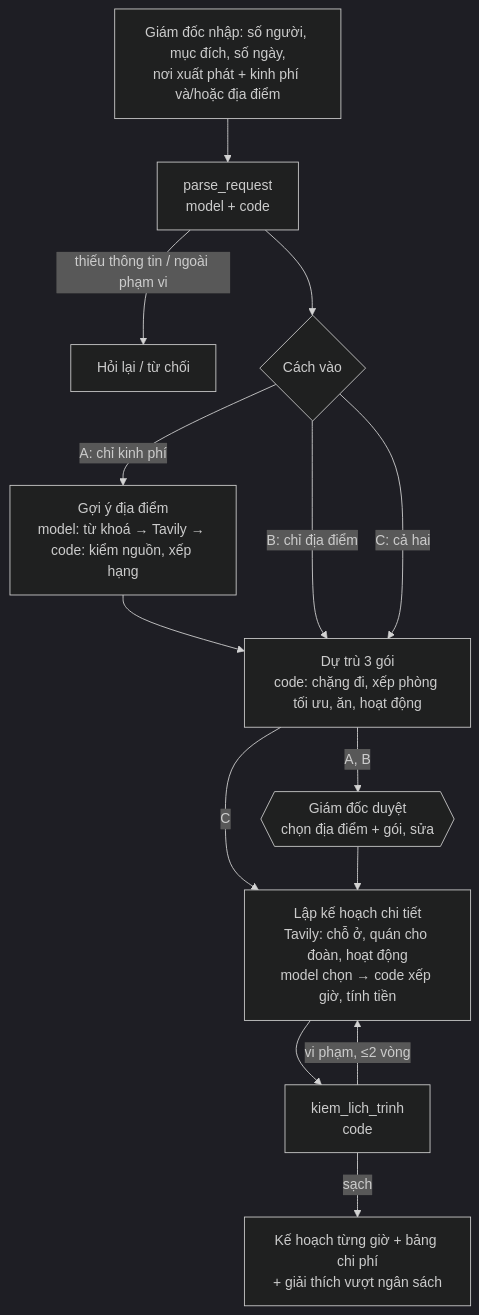
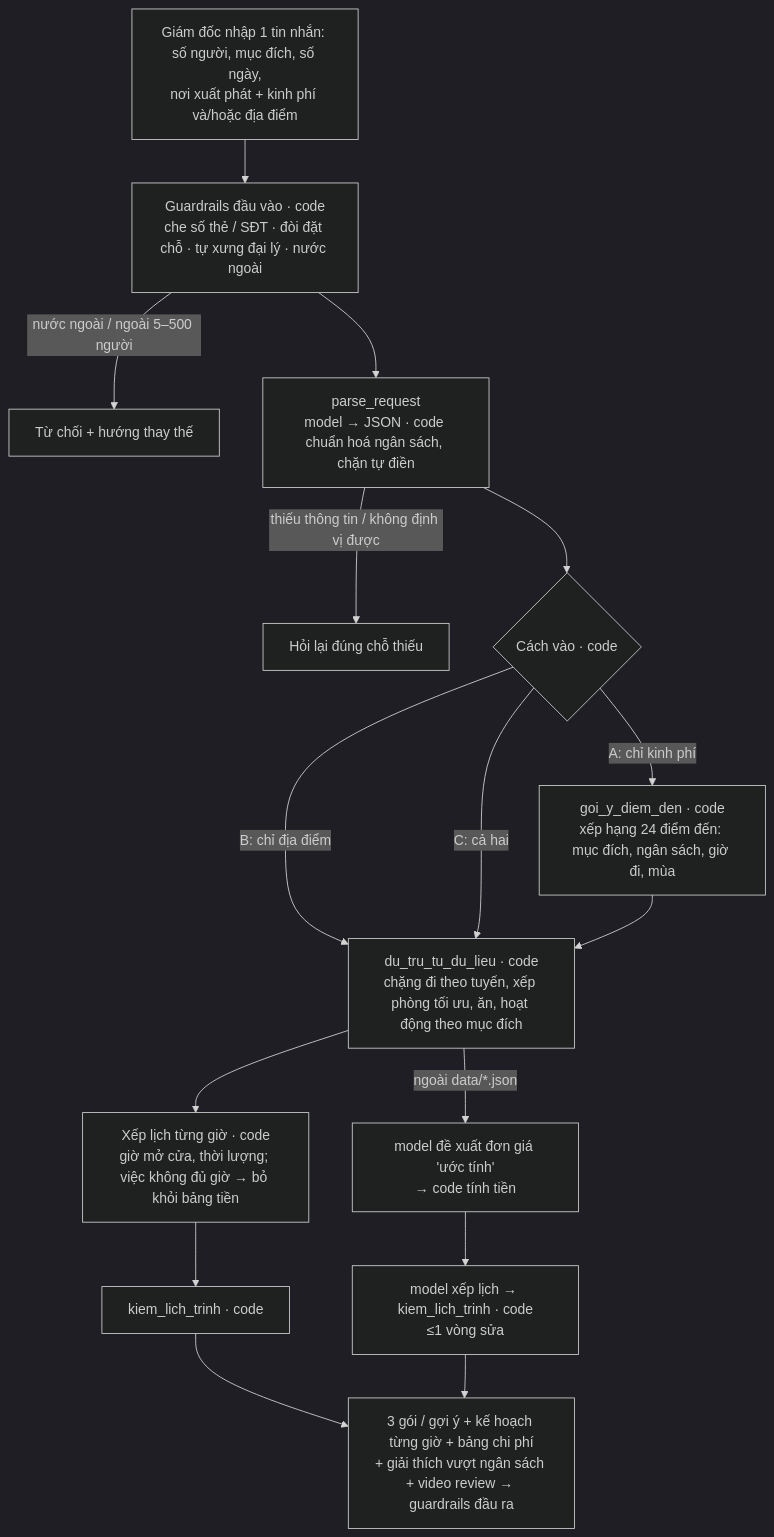
Before and after one commit to ha1tuan/K5-L3A-Day15-AuraFarming-AI-Product-Hackathon: the diagram in starter-repo/spec.md, drawn with Mermaid (dark theme). The commit also changed other lines of this file and 7 other files, not shown here.

````diff
--- a/starter-repo/spec.md
+++ b/starter-repo/spec.md
@@ -43,16 +52,18 @@
 ```mermaid
 flowchart TB
-  U[Giám đốc nhập: số người, mục đích, số ngày,<br/>nơi xuất phát + kinh phí và/hoặc địa điểm] --> P[parse_request<br/>model + code]
-  P -- thiếu thông tin / ngoài phạm vi --> Q[Hỏi lại / từ chối]
-  P --> R{Cách vào}
-  R -- A: chỉ kinh phí --> D[Gợi ý địa điểm<br/>model: từ khoá → Tavily → code: kiểm nguồn, xếp hạng]
-  D --> E[Dự trù 3 gói<br/>code: chặng đi, xếp phòng tối ưu, ăn, hoạt động]
+  U[Giám đốc nhập 1 tin nhắn: số người, mục đích, số ngày,<br/>nơi xuất phát + kinh phí và/hoặc địa điểm] --> G[Guardrails đầu vào · code<br/>che số thẻ / SĐT · đòi đặt chỗ · tự xưng đại lý · nước ngoài]
+  G -- nước ngoài / ngoài 5–500 người --> Q[Từ chối + hướng thay thế]
+  G --> P[parse_request<br/>model → JSON · code chuẩn hoá ngân sách, chặn tự điền]
+  P -- thiếu thông tin / không định vị được --> Q2[Hỏi lại đúng chỗ thiếu]
+  P --> R{Cách vào · code}
+  R -- A: chỉ kinh phí --> D[goi_y_diem_den · code<br/>xếp hạng 24 điểm đến: mục đích, ngân sách, giờ đi, mùa]
   R -- B: chỉ địa điểm --> E
   R -- C: cả hai --> E
-  E -- A, B --> H{{Giám đốc duyệt<br/>chọn địa điểm + gói, sửa}}
-  E -- C --> K
-  H --> K[Lập kế hoạch chi tiết<br/>Tavily: chỗ ở, quán cho đoàn, hoạt động<br/>model chọn → code xếp giờ, tính tiền]
-  K --> V[kiem_lich_trinh<br/>code]
-  V -- vi phạm, ≤2 vòng --> K
-  V -- sạch --> O[Kế hoạch từng giờ + bảng chi phí<br/>+ giải thích vượt ngân sách]
+  D --> E[du_tru_tu_du_lieu · code<br/>chặng đi theo tuyến, xếp phòng tối ưu, ăn, hoạt động theo mục đích]
+  E -- ngoài data/*.json --> M[model đề xuất đơn giá 'ước tính'<br/>→ code tính tiền]
+  E --> L[Xếp lịch từng giờ · code<br/>giờ mở cửa, thời lượng; việc không đủ giờ → bỏ khỏi bảng tiền]
+  M --> L2[model xếp lịch → kiem_lich_trinh · code<br/>≤1 vòng sửa]
+  L --> V[kiem_lich_trinh · code]
+  V --> O[3 gói / gợi ý + kế hoạch từng giờ + bảng chi phí<br/>+ giải thích vượt ngân sách + video review → guardrails đầu ra]
+  L2 --> O
 ```
````
